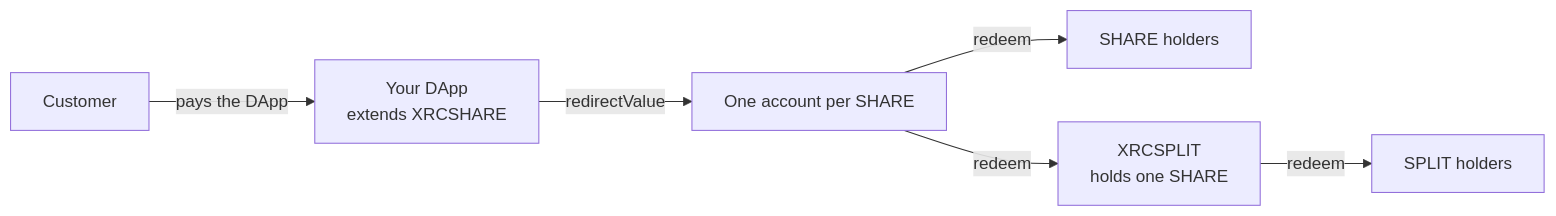
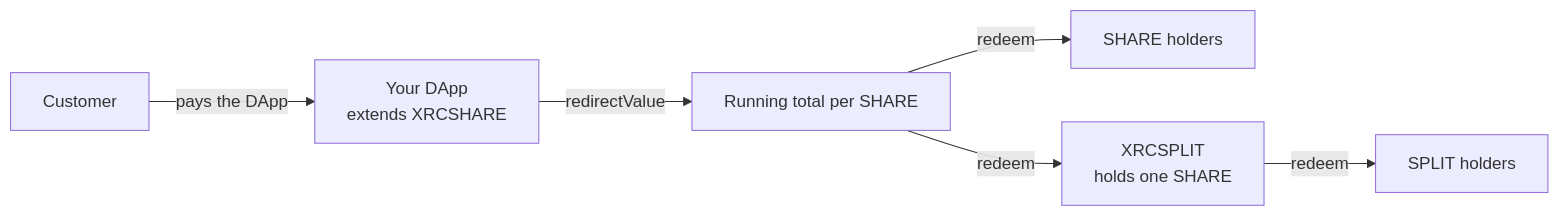
Before and after one commit to CoinClubQuincy/XRC-SHARES: the diagram in README.md, drawn with Mermaid. The commit also changed other lines of this file and 4 other files, not shown here.

First line of the commit message:
Replace per-share writes with a running total, fix SPLIT payouts

````diff
--- a/README.md
+++ b/README.md
@@ -30,8 +30,8 @@
 ```mermaid
 flowchart LR
     U[Customer] -->|pays the DApp| D[Your DApp<br/>extends XRCSHARE]
-    D -->|redirectValue| A[One account per SHARE]
+    D -->|redirectValue| A[Running total per SHARE]
     A -->|redeem| H[SHARE holders]
     A -->|redeem| S[XRCSPLIT<br/>holds one SHARE]
     S -->|redeem| SH[SPLIT holders]
 ```
````
